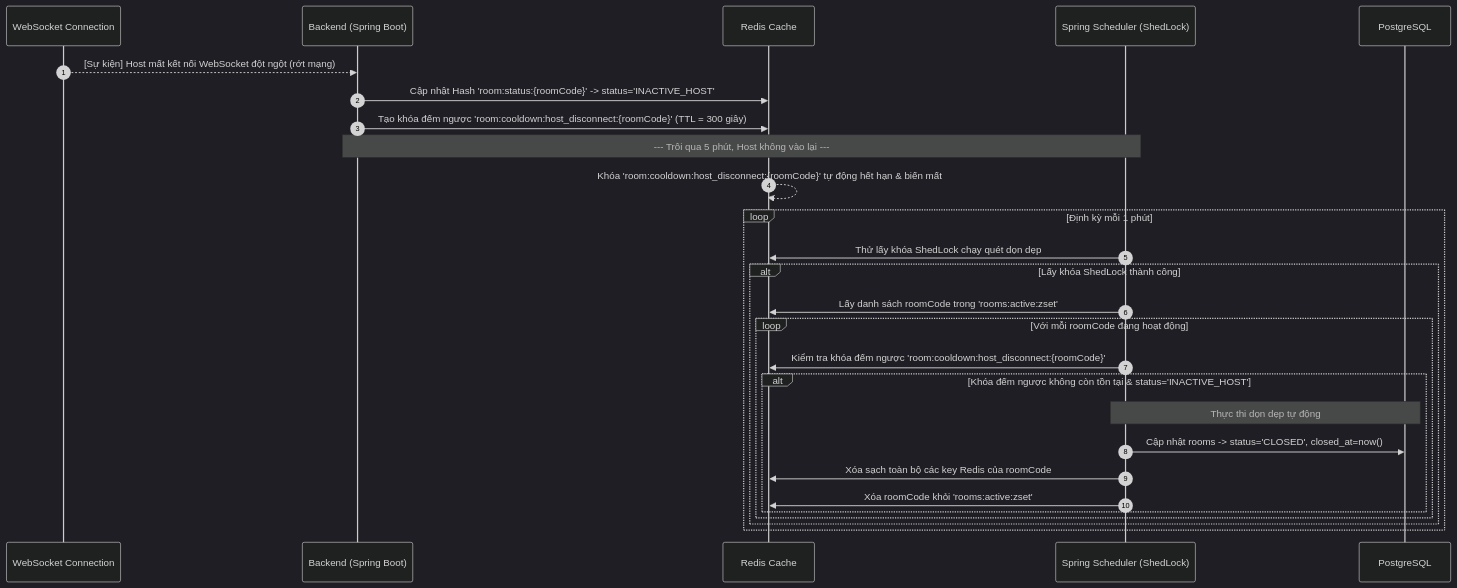
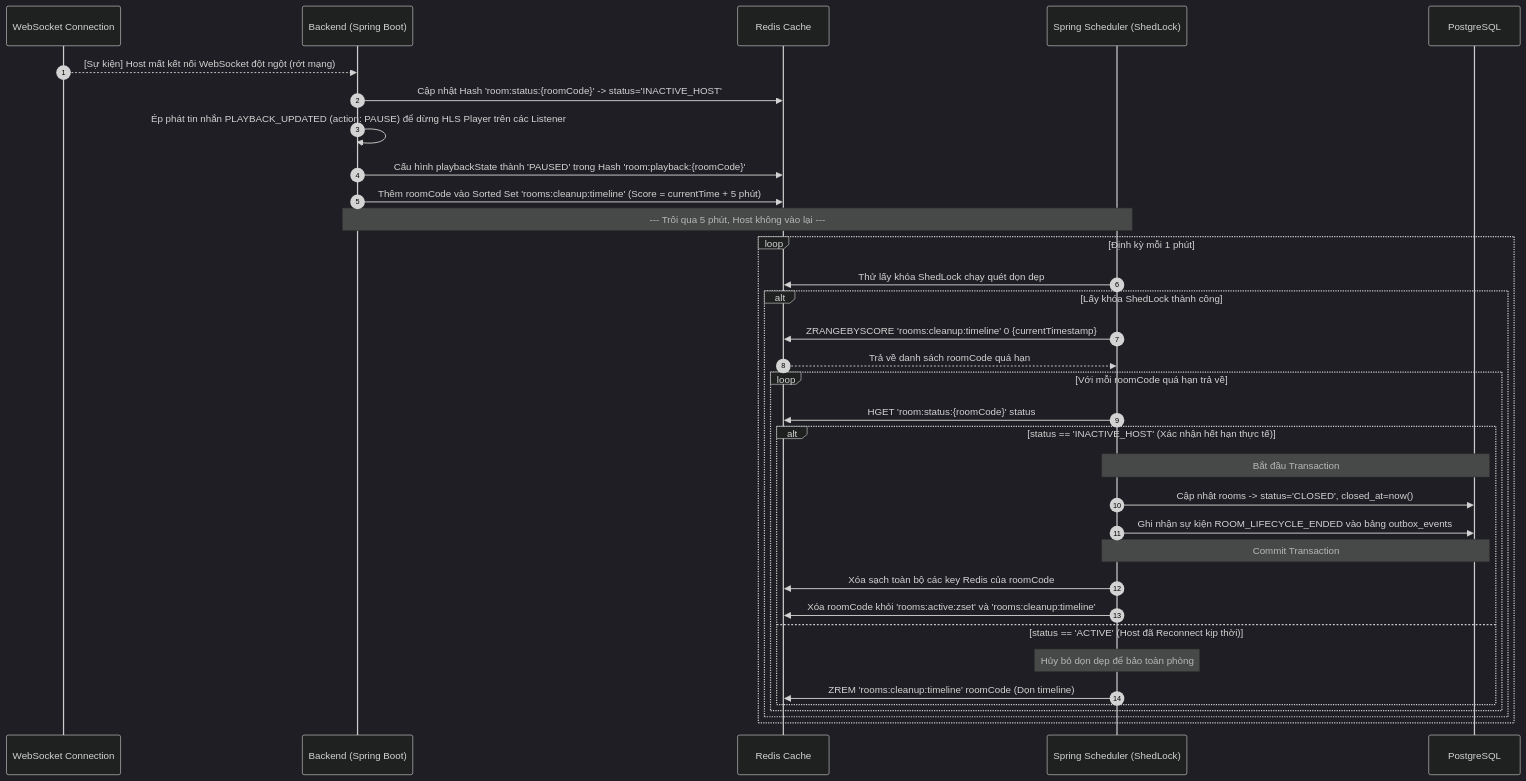
Before and after one commit to NguyenDucHoangNam/PWB_Mini: the second of 3 diagrams in docs/2. Live Room/08_room_lifecycle_cleanup.md, drawn with Mermaid (dark theme). The commit also changed other lines of this file and 22 other files, not shown here.

````diff
--- a/docs/2. Live Room/08_room_lifecycle_cleanup.md
+++ b/docs/2. Live Room/08_room_lifecycle_cleanup.md
@@ -118,33 +132,39 @@
 ```mermaid
 sequenceDiagram
     autonumber
     participant WS as WebSocket Connection
     participant BE as Backend (Spring Boot)
     participant Redis as Redis Cache
     participant Scheduler as Spring Scheduler (ShedLock)
     participant DB as PostgreSQL
 
     WS-->>BE: [Sự kiện] Host mất kết nối WebSocket đột ngột (rớt mạng)
     BE->>Redis: Cập nhật Hash 'room:status:{roomCode}' -> status='INACTIVE_HOST'
-    BE->>Redis: Tạo khóa đếm ngược 'room:cooldown:host_disconnect:{roomCode}' (TTL = 300 giây)
+    BE->>BE: Ép phát tin nhắn PLAYBACK_UPDATED (action: PAUSE) để dừng HLS Player trên các Listener
+    BE->>Redis: Cấu hình playbackState thành 'PAUSED' trong Hash 'room:playback:{roomCode}'
+    BE->>Redis: Thêm roomCode vào Sorted Set 'rooms:cleanup:timeline' (Score = currentTime + 5 phút)
     
     Note over BE, Scheduler: --- Trôi qua 5 phút, Host không vào lại ---
-    
-    Redis-->>Redis: Khóa 'room:cooldown:host_disconnect:{roomCode}' tự động hết hạn & biến mất
     
     Loop Định kỳ mỗi 1 phút
         Scheduler->>Redis: Thử lấy khóa ShedLock chạy quét dọn dẹp
         alt Lấy khóa ShedLock thành công
-            Scheduler->>Redis: Lấy danh sách roomCode trong 'rooms:active:zset'
-            loop Với mỗi roomCode đang hoạt động
-                Scheduler->>Redis: Kiểm tra khóa đếm ngược 'room:cooldown:host_disconnect:{roomCode}'
-                alt Khóa đếm ngược không còn tồn tại & status='INACTIVE_HOST'
-                    Note over Scheduler, DB: Thực thi dọn dẹp tự động
+            Scheduler->>Redis: ZRANGEBYSCORE 'rooms:cleanup:timeline' 0 {currentTimestamp}
+            Redis-->>Scheduler: Trả về danh sách roomCode quá hạn
+            loop Với mỗi roomCode quá hạn trả về
+                Scheduler->>Redis: HGET 'room:status:{roomCode}' status
+                alt status == 'INACTIVE_HOST' (Xác nhận hết hạn thực tế)
+                    Note over Scheduler, DB: Bắt đầu Transaction
                     Scheduler->>DB: Cập nhật rooms -> status='CLOSED', closed_at=now()
+                    Scheduler->>DB: Ghi nhận sự kiện ROOM_LIFECYCLE_ENDED vào bảng outbox_events
+                    Note over Scheduler, DB: Commit Transaction
                     Scheduler->>Redis: Xóa sạch toàn bộ các key Redis của roomCode
-                    Scheduler->>Redis: Xóa roomCode khỏi 'rooms:active:zset'
+                    Scheduler->>Redis: Xóa roomCode khỏi 'rooms:active:zset' và 'rooms:cleanup:timeline'
+                else status == 'ACTIVE' (Host đã Reconnect kịp thời)
+                    Note over Scheduler: Hủy bỏ dọn dẹp để bảo toàn phòng
+                    Scheduler->>Redis: ZREM 'rooms:cleanup:timeline' roomCode (Dọn timeline)
                 end
             end
         end
     end
 ```
````
